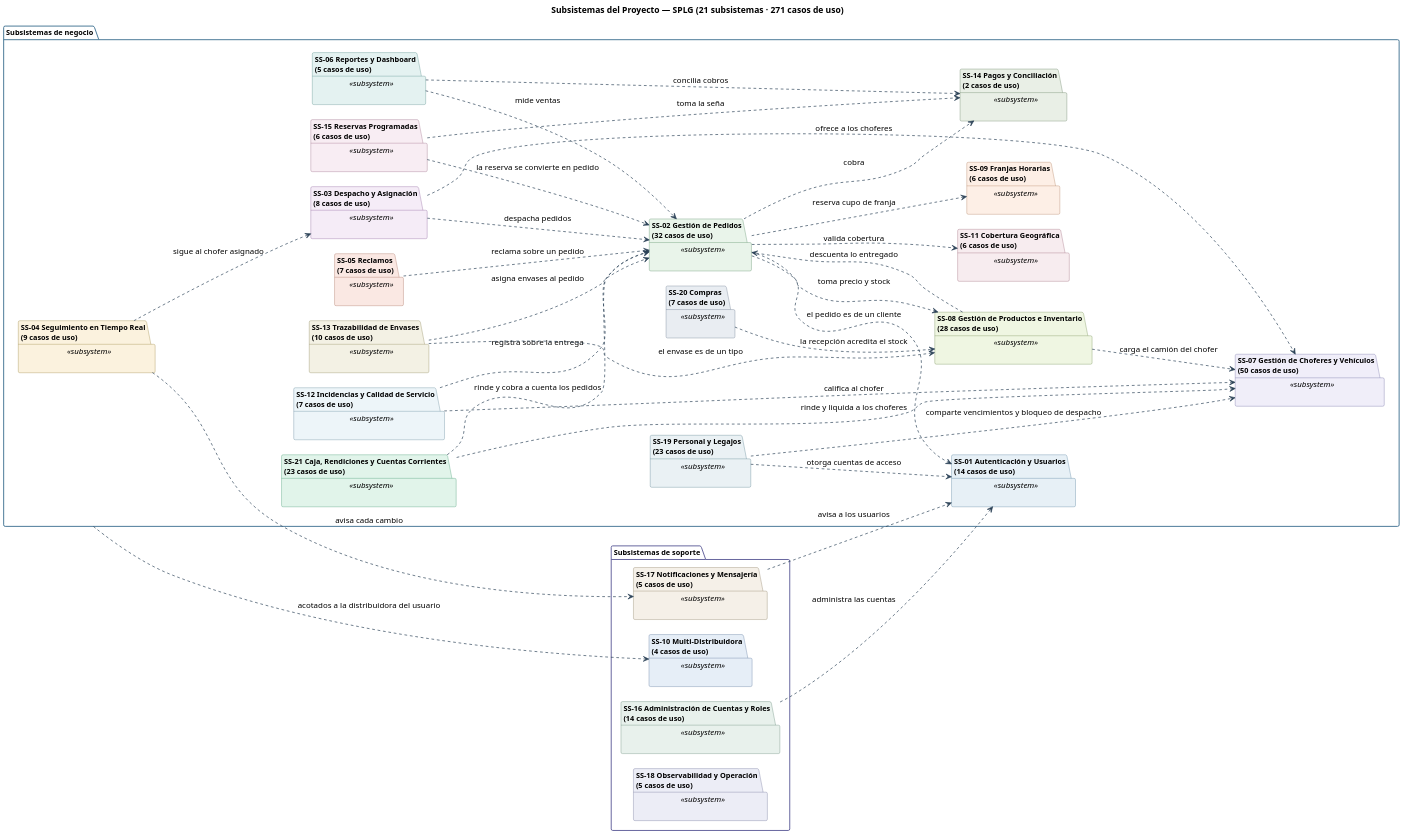
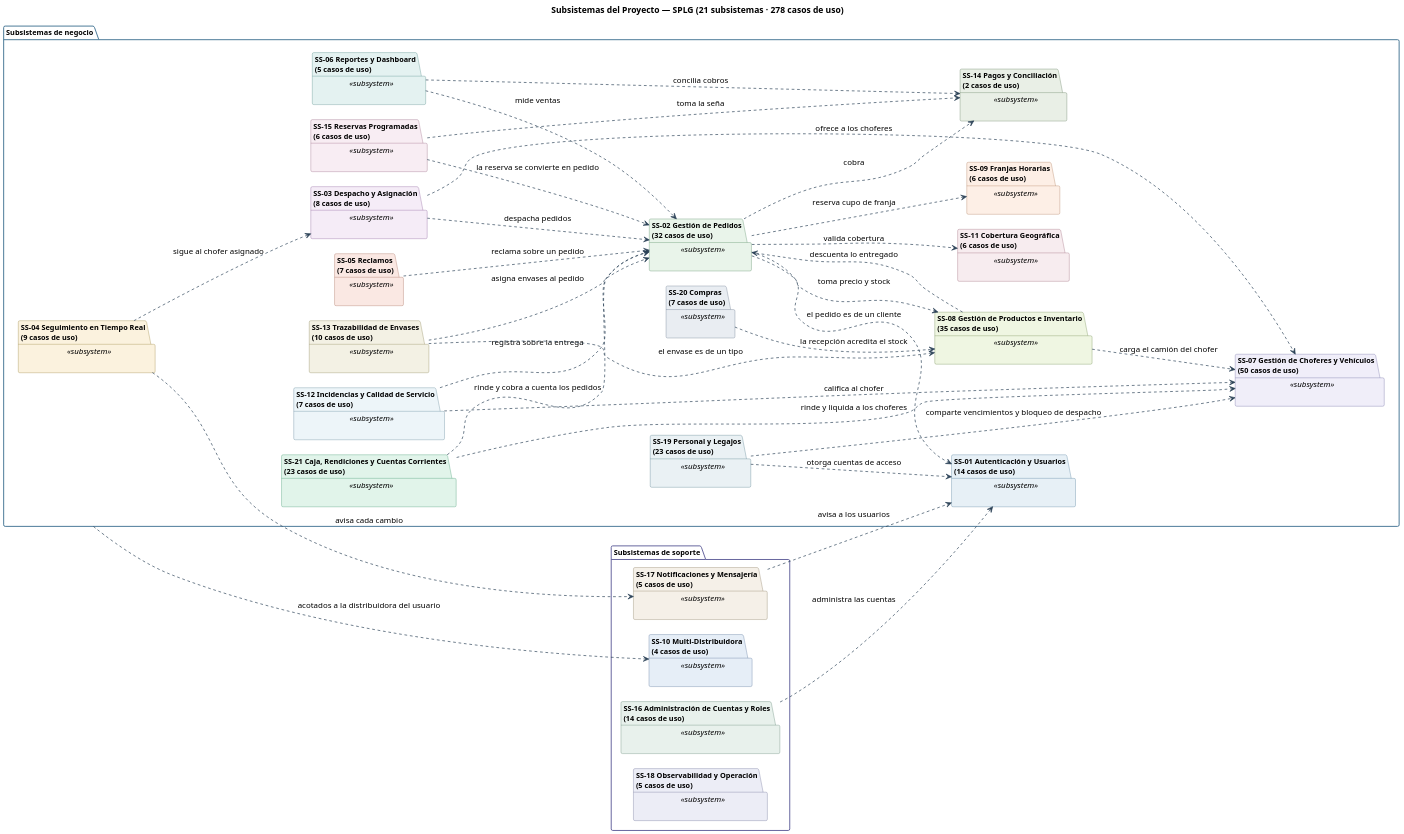
One commit to Nahuelito-Dev/splg-docs changed the diagram in diagramas/uml/CU_Sistema_Subsistemas.puml. Above: the diagram before and after it, drawn with PlantUML. The commit also changed 298 other files, not shown here.

```diff
--- a/diagramas/uml/CU_Sistema_Subsistemas.puml
+++ b/diagramas/uml/CU_Sistema_Subsistemas.puml
@@ -1,112 +1,112 @@
 @startuml
-title Subsistemas del Proyecto — SPLG (21 subsistemas · 271 casos de uso)
+title Subsistemas del Proyecto — SPLG (21 subsistemas · 278 casos de uso)
 skinparam backgroundColor #FFFFFF
 skinparam shadowing false
 skinparam defaultFontName Helvetica
 skinparam defaultFontSize 13
 skinparam dpi 150
 skinparam ArrowColor #2C4257
 skinparam ArrowThickness 1.1
 skinparam actor {
   BorderColor #2C4257
   BackgroundColor #E8EDF2
   FontSize 13
   FontStyle bold
 }
 skinparam usecase {
   BorderColor #2C4257
   BackgroundColor #FFFFFF
   FontSize 12
 }
 skinparam rectangle {
   BorderColor #6B7683
   FontSize 14
   FontStyle bold
 }
 
 skinparam nodesep 25
 skinparam ranksep 55
 skinparam package {
   BorderColor #2C4257
   FontSize 12
 }
 
 left to right direction
 
 package "Subsistemas de negocio" as GNEG #back:FFFFFF;line:3C6E8F {
   package "SS-01 Autenticación y Usuarios\n(14 casos de uso)" as MSS01 <<subsystem>> #back:E7F0F6;line:3C6E8F {
   }
   package "SS-02 Gestión de Pedidos\n(32 casos de uso)" as MSS02 <<subsystem>> #back:E9F4EA;line:3F7A50 {
   }
   package "SS-03 Despacho y Asignación\n(8 casos de uso)" as MSS03 <<subsystem>> #back:F5ECF7;line:7B4B8A {
   }
   package "SS-04 Seguimiento en Tiempo Real\n(9 casos de uso)" as MSS04 <<subsystem>> #back:FBF2DE;line:8A7326 {
   }
   package "SS-05 Reclamos\n(7 casos de uso)" as MSS05 <<subsystem>> #back:FAE8E3;line:9C5A46 {
   }
   package "SS-06 Reportes y Dashboard\n(5 casos de uso)" as MSS06 <<subsystem>> #back:E4F2F1;line:3E7C79 {
   }
   package "SS-07 Gestión de Choferes y Vehículos\n(50 casos de uso)" as MSS07 <<subsystem>> #back:F0EEF9;line:5A5896 {
   }
-  package "SS-08 Gestión de Productos e Inventario\n(28 casos de uso)" as MSS08 <<subsystem>> #back:EFF6E2;line:5E7A3A {
+  package "SS-08 Gestión de Productos e Inventario\n(35 casos de uso)" as MSS08 <<subsystem>> #back:EFF6E2;line:5E7A3A {
   }
   package "SS-09 Franjas Horarias\n(6 casos de uso)" as MSS09 <<subsystem>> #back:FDEFE6;line:A26A45 {
   }
   package "SS-11 Cobertura Geográfica\n(6 casos de uso)" as MSS11 <<subsystem>> #back:F7ECEF;line:8E5566 {
   }
   package "SS-12 Incidencias y Calidad de Servicio\n(7 casos de uso)" as MSS12 <<subsystem>> #back:EDF5F9;line:4A7488 {
   }
   package "SS-13 Trazabilidad de Envases\n(10 casos de uso)" as MSS13 <<subsystem>> #back:F3F1E4;line:7A7340 {
   }
   package "SS-14 Pagos y Conciliación\n(2 casos de uso)" as MSS14 <<subsystem>> #back:E9EFE6;line:4E6B4A {
   }
   package "SS-15 Reservas Programadas\n(6 casos de uso)" as MSS15 <<subsystem>> #back:F8EDF3;line:8A5674 {
   }
   package "SS-19 Personal y Legajos\n(23 casos de uso)" as MSS19 <<subsystem>> #back:EAF1F4;line:3D6B7A {
   }
   package "SS-20 Compras\n(7 casos de uso)" as MSS20 <<subsystem>> #back:E9EDF2;line:55657A {
   }
   package "SS-21 Caja, Rendiciones y Cuentas Corrientes\n(23 casos de uso)" as MSS21 <<subsystem>> #back:E1F4EA;line:2A8A5C {
   }
 }
 package "Subsistemas de soporte" as GSOP #back:FFFFFF;line:5A5896 {
   package "SS-10 Multi-Distribuidora\n(4 casos de uso)" as MSS10 <<subsystem>> #back:E6EEF7;line:44608B {
   }
   package "SS-16 Administración de Cuentas y Roles\n(14 casos de uso)" as MSS16 <<subsystem>> #back:E8F1EC;line:4B7560 {
   }
   package "SS-17 Notificaciones y Mensajería\n(5 casos de uso)" as MSS17 <<subsystem>> #back:F5F0E8;line:7C6B4C {
   }
   package "SS-18 Observabilidad y Operación\n(5 casos de uso)" as MSS18 <<subsystem>> #back:ECEDF6;line:5B5F87 {
   }
 }
 
 MSS02 ..> MSS01 : el pedido es de un cliente
 MSS02 ..> MSS08 : toma precio y stock
 MSS02 ..> MSS09 : reserva cupo de franja
 MSS02 ..> MSS11 : valida cobertura
 MSS02 ..> MSS14 : cobra
 MSS03 ..> MSS02 : despacha pedidos
 MSS03 ..> MSS07 : ofrece a los choferes
 MSS04 ..> MSS03 : sigue al chofer asignado
 MSS04 ..> MSS17 : avisa cada cambio
 MSS05 ..> MSS02 : reclama sobre un pedido
 MSS06 ..> MSS02 : mide ventas
 MSS06 ..> MSS14 : concilia cobros
 MSS12 ..> MSS02 : registra sobre la entrega
 MSS12 ..> MSS07 : califica al chofer
 MSS13 ..> MSS02 : asigna envases al pedido
 MSS13 ..> MSS08 : el envase es de un tipo
 MSS15 ..> MSS02 : la reserva se convierte en pedido
 MSS15 ..> MSS14 : toma la seña
 MSS19 ..> MSS01 : otorga cuentas de acceso
 MSS19 ..> MSS07 : comparte vencimientos y bloqueo de despacho
 MSS20 ..> MSS08 : la recepción acredita el stock
 MSS08 ..> MSS02 : descuenta lo entregado
 MSS08 ..> MSS07 : carga el camión del chofer
 MSS16 ..> MSS01 : administra las cuentas
 MSS17 ..> MSS01 : avisa a los usuarios
 MSS21 ..> MSS02 : rinde y cobra a cuenta los pedidos
 MSS21 ..> MSS07 : rinde y liquida a los choferes
 GNEG ..> MSS10 : acotados a la distribuidora del usuario
 
 @enduml
```
